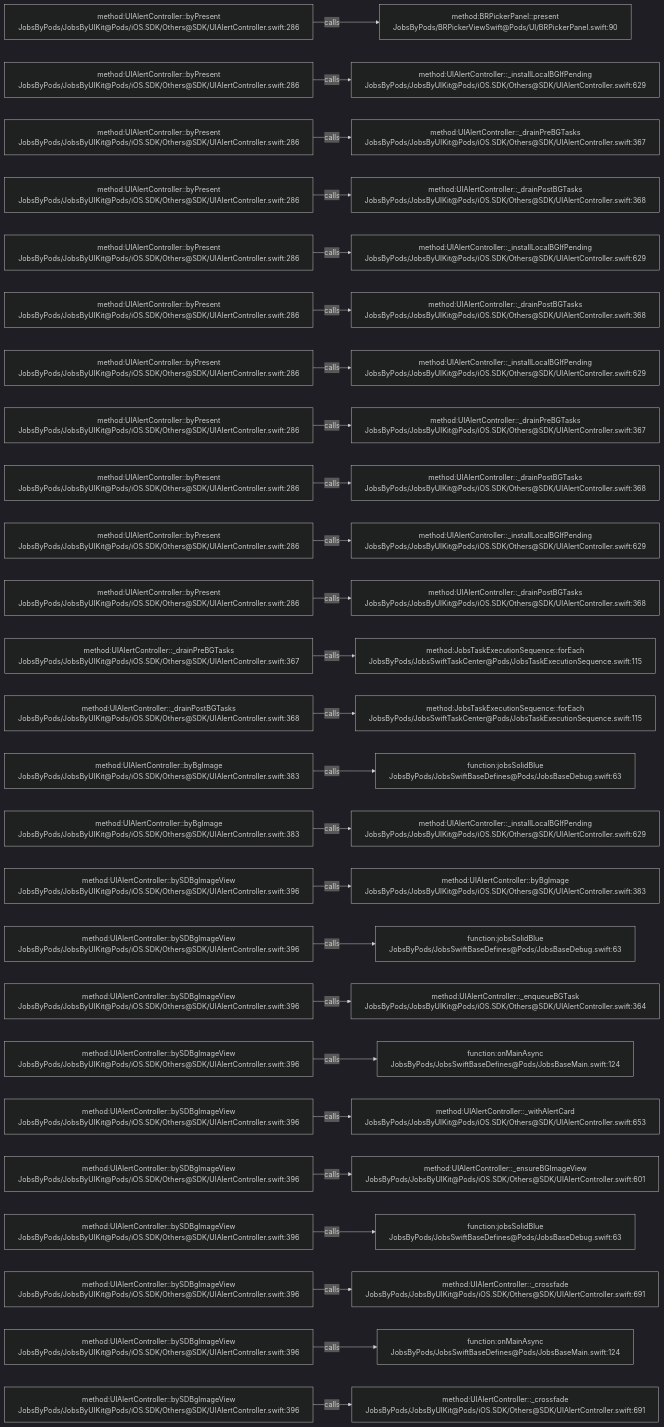
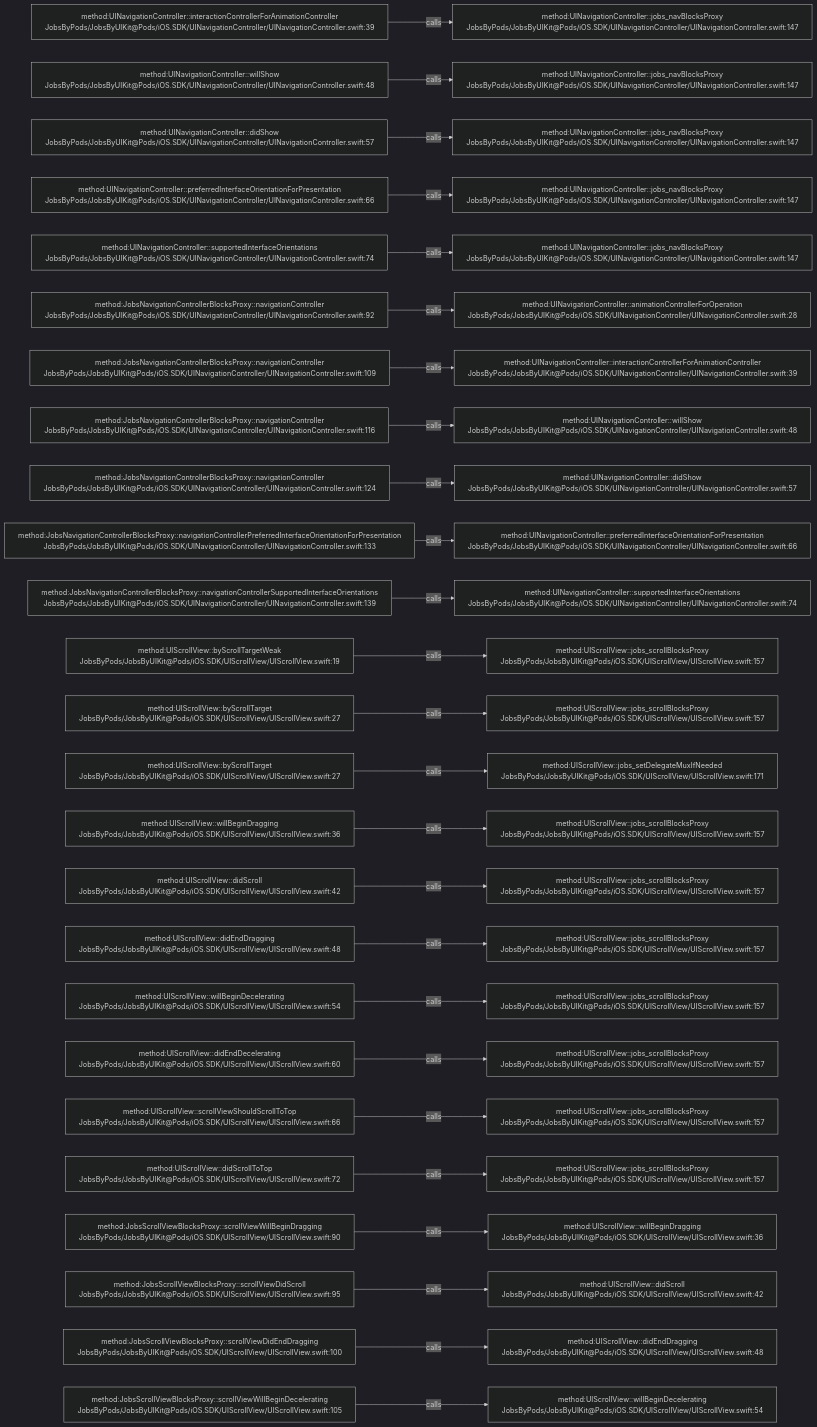
One commit to JobsKits/JobsSwiftBaseConfigDemo changed the diagram in .codegraph/codegraph.md/graphs/calls-024.md. Above: the diagram before and after it, drawn with Mermaid (dark theme). The commit also changed 569 other files, not shown here.

````diff
--- a/.codegraph/codegraph.md/graphs/calls-024.md
+++ b/.codegraph/codegraph.md/graphs/calls-024.md
@@ -13,78 +13,78 @@
 ```mermaid
 flowchart LR
-  S1["method:UIAlertController::byPresent<br/>JobsByPods/JobsByUIKit@Pods/iOS.SDK/Others@SDK/UIAlertController.swift:286"]
-  T1["method:BRPickerPanel::present<br/>JobsByPods/BRPickerViewSwift@Pods/UI/BRPickerPanel.swift:90"]
+  S1["method:UINavigationController::interactionControllerForAnimationController<br/>JobsByPods/JobsByUIKit@Pods/iOS.SDK/UINavigationController/UINavigationController.swift:39"]
+  T1["method:UINavigationController::jobs_navBlocksProxy<br/>JobsByPods/JobsByUIKit@Pods/iOS.SDK/UINavigationController/UINavigationController.swift:147"]
   S1 -->|calls| T1
-  S2["method:UIAlertController::byPresent<br/>JobsByPods/JobsByUIKit@Pods/iOS.SDK/Others@SDK/UIAlertController.swift:286"]
-  T2["method:UIAlertController::_installLocalBGIfPending<br/>JobsByPods/JobsByUIKit@Pods/iOS.SDK/Others@SDK/UIAlertController.swift:629"]
+  S2["method:UINavigationController::willShow<br/>JobsByPods/JobsByUIKit@Pods/iOS.SDK/UINavigationController/UINavigationController.swift:48"]
+  T2["method:UINavigationController::jobs_navBlocksProxy<br/>JobsByPods/JobsByUIKit@Pods/iOS.SDK/UINavigationController/UINavigationController.swift:147"]
   S2 -->|calls| T2
-  S3["method:UIAlertController::byPresent<br/>JobsByPods/JobsByUIKit@Pods/iOS.SDK/Others@SDK/UIAlertController.swift:286"]
-  T3["method:UIAlertController::_drainPreBGTasks<br/>JobsByPods/JobsByUIKit@Pods/iOS.SDK/Others@SDK/UIAlertController.swift:367"]
+  S3["method:UINavigationController::didShow<br/>JobsByPods/JobsByUIKit@Pods/iOS.SDK/UINavigationController/UINavigationController.swift:57"]
+  T3["method:UINavigationController::jobs_navBlocksProxy<br/>JobsByPods/JobsByUIKit@Pods/iOS.SDK/UINavigationController/UINavigationController.swift:147"]
   S3 -->|calls| T3
-  S4["method:UIAlertController::byPresent<br/>JobsByPods/JobsByUIKit@Pods/iOS.SDK/Others@SDK/UIAlertController.swift:286"]
-  T4["method:UIAlertController::_drainPostBGTasks<br/>JobsByPods/JobsByUIKit@Pods/iOS.SDK/Others@SDK/UIAlertController.swift:368"]
+  S4["method:UINavigationController::preferredInterfaceOrientationForPresentation<br/>JobsByPods/JobsByUIKit@Pods/iOS.SDK/UINavigationController/UINavigationController.swift:66"]
+  T4["method:UINavigationController::jobs_navBlocksProxy<br/>JobsByPods/JobsByUIKit@Pods/iOS.SDK/UINavigationController/UINavigationController.swift:147"]
   S4 -->|calls| T4
-  S5["method:UIAlertController::byPresent<br/>JobsByPods/JobsByUIKit@Pods/iOS.SDK/Others@SDK/UIAlertController.swift:286"]
-  T5["method:UIAlertController::_installLocalBGIfPending<br/>JobsByPods/JobsByUIKit@Pods/iOS.SDK/Others@SDK/UIAlertController.swift:629"]
+  S5["method:UINavigationController::supportedInterfaceOrientations<br/>JobsByPods/JobsByUIKit@Pods/iOS.SDK/UINavigationController/UINavigationController.swift:74"]
+  T5["method:UINavigationController::jobs_navBlocksProxy<br/>JobsByPods/JobsByUIKit@Pods/iOS.SDK/UINavigationController/UINavigationController.swift:147"]
   S5 -->|calls| T5
-  S6["method:UIAlertController::byPresent<br/>JobsByPods/JobsByUIKit@Pods/iOS.SDK/Others@SDK/UIAlertController.swift:286"]
-  T6["method:UIAlertController::_drainPostBGTasks<br/>JobsByPods/JobsByUIKit@Pods/iOS.SDK/Others@SDK/UIAlertController.swift:368"]
+  S6["method:JobsNavigationControllerBlocksProxy::navigationController<br/>JobsByPods/JobsByUIKit@Pods/iOS.SDK/UINavigationController/UINavigationController.swift:92"]
+  T6["method:UINavigationController::animationControllerForOperation<br/>JobsByPods/JobsByUIKit@Pods/iOS.SDK/UINavigationController/UINavigationController.swift:28"]
   S6 -->|calls| T6
-  S7["method:UIAlertController::byPresent<br/>JobsByPods/JobsByUIKit@Pods/iOS.SDK/Others@SDK/UIAlertController.swift:286"]
-  T7["method:UIAlertController::_installLocalBGIfPending<br/>JobsByPods/JobsByUIKit@Pods/iOS.SDK/Others@SDK/UIAlertController.swift:629"]
+  S7["method:JobsNavigationControllerBlocksProxy::navigationController<br/>JobsByPods/JobsByUIKit@Pods/iOS.SDK/UINavigationController/UINavigationController.swift:109"]
+  T7["method:UINavigationController::interactionControllerForAnimationController<br/>JobsByPods/JobsByUIKit@Pods/iOS.SDK/UINavigationController/UINavigationController.swift:39"]
   S7 -->|calls| T7
-  S8["method:UIAlertController::byPresent<br/>JobsByPods/JobsByUIKit@Pods/iOS.SDK/Others@SDK/UIAlertController.swift:286"]
-  T8["method:UIAlertController::_drainPreBGTasks<br/>JobsByPods/JobsByUIKit@Pods/iOS.SDK/Others@SDK/UIAlertController.swift:367"]
+  S8["method:JobsNavigationControllerBlocksProxy::navigationController<br/>JobsByPods/JobsByUIKit@Pods/iOS.SDK/UINavigationController/UINavigationController.swift:116"]
+  T8["method:UINavigationController::willShow<br/>JobsByPods/JobsByUIKit@Pods/iOS.SDK/UINavigationController/UINavigationController.swift:48"]
   S8 -->|calls| T8
-  S9["method:UIAlertController::byPresent<br/>JobsByPods/JobsByUIKit@Pods/iOS.SDK/Others@SDK/UIAlertController.swift:286"]
-  T9["method:UIAlertController::_drainPostBGTasks<br/>JobsByPods/JobsByUIKit@Pods/iOS.SDK/Others@SDK/UIAlertController.swift:368"]
+  S9["method:JobsNavigationControllerBlocksProxy::navigationController<br/>JobsByPods/JobsByUIKit@Pods/iOS.SDK/UINavigationController/UINavigationController.swift:124"]
+  T9["method:UINavigationController::didShow<br/>JobsByPods/JobsByUIKit@Pods/iOS.SDK/UINavigationController/UINavigationController.swift:57"]
   S9 -->|calls| T9
-  S10["method:UIAlertController::byPresent<br/>JobsByPods/JobsByUIKit@Pods/iOS.SDK/Others@SDK/UIAlertController.swift:286"]
-  T10["method:UIAlertController::_installLocalBGIfPending<br/>JobsByPods/JobsByUIKit@Pods/iOS.SDK/Others@SDK/UIAlertController.swift:629"]
+  S10["method:JobsNavigationControllerBlocksProxy::navigationControllerPreferredInterfaceOrientationForPresentation<br/>JobsByPods/JobsByUIKit@Pods/iOS.SDK/UINavigationController/UINavigationController.swift:133"]
+  T10["method:UINavigationController::preferredInterfaceOrientationForPresentation<br/>JobsByPods/JobsByUIKit@Pods/iOS.SDK/UINavigationController/UINavigationController.swift:66"]
   S10 -->|calls| T10
-  S11["method:UIAlertController::byPresent<br/>JobsByPods/JobsByUIKit@Pods/iOS.SDK/Others@SDK/UIAlertController.swift:286"]
-  T11["method:UIAlertController::_drainPostBGTasks<br/>JobsByPods/JobsByUIKit@Pods/iOS.SDK/Others@SDK/UIAlertController.swift:368"]
+  S11["method:JobsNavigationControllerBlocksProxy::navigationControllerSupportedInterfaceOrientations<br/>JobsByPods/JobsByUIKit@Pods/iOS.SDK/UINavigationController/UINavigationController.swift:139"]
+  T11["method:UINavigationController::supportedInterfaceOrientations<br/>JobsByPods/JobsByUIKit@Pods/iOS.SDK/UINavigationController/UINavigationController.swift:74"]
   S11 -->|calls| T11
-  S12["method:UIAlertController::_drainPreBGTasks<br/>JobsByPods/JobsByUIKit@Pods/iOS.SDK/Others@SDK/UIAlertController.swift:367"]
-  T12["method:JobsTaskExecutionSequence::forEach<br/>JobsByPods/JobsSwiftTaskCenter@Pods/JobsTaskExecutionSequence.swift:115"]
+  S12["method:UIScrollView::byScrollTargetWeak<br/>JobsByPods/JobsByUIKit@Pods/iOS.SDK/UIScrollView/UIScrollView.swift:19"]
+  T12["method:UIScrollView::jobs_scrollBlocksProxy<br/>JobsByPods/JobsByUIKit@Pods/iOS.SDK/UIScrollView/UIScrollView.swift:157"]
   S12 -->|calls| T12
-  S13["method:UIAlertController::_drainPostBGTasks<br/>JobsByPods/JobsByUIKit@Pods/iOS.SDK/Others@SDK/UIAlertController.swift:368"]
-  T13["method:JobsTaskExecutionSequence::forEach<br/>JobsByPods/JobsSwiftTaskCenter@Pods/JobsTaskExecutionSequence.swift:115"]
+  S13["method:UIScrollView::byScrollTarget<br/>JobsByPods/JobsByUIKit@Pods/iOS.SDK/UIScrollView/UIScrollView.swift:27"]
+  T13["method:UIScrollView::jobs_scrollBlocksProxy<br/>JobsByPods/JobsByUIKit@Pods/iOS.SDK/UIScrollView/UIScrollView.swift:157"]
   S13 -->|calls| T13
-  S14["method:UIAlertController::byBgImage<br/>JobsByPods/JobsByUIKit@Pods/iOS.SDK/Others@SDK/UIAlertController.swift:383"]
-  T14["function:jobsSolidBlue<br/>JobsByPods/JobsSwiftBaseDefines@Pods/JobsBaseDebug.swift:63"]
+  S14["method:UIScrollView::byScrollTarget<br/>JobsByPods/JobsByUIKit@Pods/iOS.SDK/UIScrollView/UIScrollView.swift:27"]
+  T14["method:UIScrollView::jobs_setDelegateMuxIfNeeded<br/>JobsByPods/JobsByUIKit@Pods/iOS.SDK/UIScrollView/UIScrollView.swift:171"]
   S14 -->|calls| T14
-  S15["method:UIAlertController::byBgImage<br/>JobsByPods/JobsByUIKit@Pods/iOS.SDK/Others@SDK/UIAlertController.swift:383"]
-  T15["method:UIAlertController::_installLocalBGIfPending<br/>JobsByPods/JobsByUIKit@Pods/iOS.SDK/Others@SDK/UIAlertController.swift:629"]
+  S15["method:UIScrollView::willBeginDragging<br/>JobsByPods/JobsByUIKit@Pods/iOS.SDK/UIScrollView/UIScrollView.swift:36"]
+  T15["method:UIScrollView::jobs_scrollBlocksProxy<br/>JobsByPods/JobsByUIKit@Pods/iOS.SDK/UIScrollView/UIScrollView.swift:157"]
   S15 -->|calls| T15
-  S16["method:UIAlertController::bySDBgImageView<br/>JobsByPods/JobsByUIKit@Pods/iOS.SDK/Others@SDK/UIAlertController.swift:396"]
-  T16["method:UIAlertController::byBgImage<br/>JobsByPods/JobsByUIKit@Pods/iOS.SDK/Others@SDK/UIAlertController.swift:383"]
+  S16["method:UIScrollView::didScroll<br/>JobsByPods/JobsByUIKit@Pods/iOS.SDK/UIScrollView/UIScrollView.swift:42"]
+  T16["method:UIScrollView::jobs_scrollBlocksProxy<br/>JobsByPods/JobsByUIKit@Pods/iOS.SDK/UIScrollView/UIScrollView.swift:157"]
   S16 -->|calls| T16
-  S17["method:UIAlertController::bySDBgImageView<br/>JobsByPods/JobsByUIKit@Pods/iOS.SDK/Others@SDK/UIAlertController.swift:396"]
-  T17["function:jobsSolidBlue<br/>JobsByPods/JobsSwiftBaseDefines@Pods/JobsBaseDebug.swift:63"]
+  S17["method:UIScrollView::didEndDragging<br/>JobsByPods/JobsByUIKit@Pods/iOS.SDK/UIScrollView/UIScrollView.swift:48"]
+  T17["method:UIScrollView::jobs_scrollBlocksProxy<br/>JobsByPods/JobsByUIKit@Pods/iOS.SDK/UIScrollView/UIScrollView.swift:157"]
   S17 -->|calls| T17
-  S18["method:UIAlertController::bySDBgImageView<br/>JobsByPods/JobsByUIKit@Pods/iOS.SDK/Others@SDK/UIAlertController.swift:396"]
-  T18["method:UIAlertController::_enqueueBGTask<br/>JobsByPods/JobsByUIKit@Pods/iOS.SDK/Others@SDK/UIAlertController.swift:364"]
+  S18["method:UIScrollView::willBeginDecelerating<br/>JobsByPods/JobsByUIKit@Pods/iOS.SDK/UIScrollView/UIScrollView.swift:54"]
+  T18["method:UIScrollView::jobs_scrollBlocksProxy<br/>JobsByPods/JobsByUIKit@Pods/iOS.SDK/UIScrollView/UIScrollView.swift:157"]
   S18 -->|calls| T18
-  S19["method:UIAlertController::bySDBgImageView<br/>JobsByPods/JobsByUIKit@Pods/iOS.SDK/Others@SDK/UIAlertController.swift:396"]
-  T19["function:onMainAsync<br/>JobsByPods/JobsSwiftBaseDefines@Pods/JobsBaseMain.swift:124"]
+  S19["method:UIScrollView::didEndDecelerating<br/>JobsByPods/JobsByUIKit@Pods/iOS.SDK/UIScrollView/UIScrollView.swift:60"]
+  T19["method:UIScrollView::jobs_scrollBlocksProxy<br/>JobsByPods/JobsByUIKit@Pods/iOS.SDK/UIScrollView/UIScrollView.swift:157"]
   S19 -->|calls| T19
-  S20["method:UIAlertController::bySDBgImageView<br/>JobsByPods/JobsByUIKit@Pods/iOS.SDK/Others@SDK/UIAlertController.swift:396"]
-  T20["method:UIAlertController::_withAlertCard<br/>JobsByPods/JobsByUIKit@Pods/iOS.SDK/Others@SDK/UIAlertController.swift:653"]
+  S20["method:UIScrollView::scrollViewShouldScrollToTop<br/>JobsByPods/JobsByUIKit@Pods/iOS.SDK/UIScrollView/UIScrollView.swift:66"]
+  T20["method:UIScrollView::jobs_scrollBlocksProxy<br/>JobsByPods/JobsByUIKit@Pods/iOS.SDK/UIScrollView/UIScrollView.swift:157"]
   S20 -->|calls| T20
-  S21["method:UIAlertController::bySDBgImageView<br/>JobsByPods/JobsByUIKit@Pods/iOS.SDK/Others@SDK/UIAlertController.swift:396"]
-  T21["method:UIAlertController::_ensureBGImageView<br/>JobsByPods/JobsByUIKit@Pods/iOS.SDK/Others@SDK/UIAlertController.swift:601"]
+  S21["method:UIScrollView::didScrollToTop<br/>JobsByPods/JobsByUIKit@Pods/iOS.SDK/UIScrollView/UIScrollView.swift:72"]
+  T21["method:UIScrollView::jobs_scrollBlocksProxy<br/>JobsByPods/JobsByUIKit@Pods/iOS.SDK/UIScrollView/UIScrollView.swift:157"]
   S21 -->|calls| T21
-  S22["method:UIAlertController::bySDBgImageView<br/>JobsByPods/JobsByUIKit@Pods/iOS.SDK/Others@SDK/UIAlertController.swift:396"]
-  T22["function:jobsSolidBlue<br/>JobsByPods/JobsSwiftBaseDefines@Pods/JobsBaseDebug.swift:63"]
+  S22["method:JobsScrollViewBlocksProxy::scrollViewWillBeginDragging<br/>JobsByPods/JobsByUIKit@Pods/iOS.SDK/UIScrollView/UIScrollView.swift:90"]
+  T22["method:UIScrollView::willBeginDragging<br/>JobsByPods/JobsByUIKit@Pods/iOS.SDK/UIScrollView/UIScrollView.swift:36"]
   S22 -->|calls| T22
-  S23["method:UIAlertController::bySDBgImageView<br/>JobsByPods/JobsByUIKit@Pods/iOS.SDK/Others@SDK/UIAlertController.swift:396"]
-  T23["method:UIAlertController::_crossfade<br/>JobsByPods/JobsByUIKit@Pods/iOS.SDK/Others@SDK/UIAlertController.swift:691"]
+  S23["method:JobsScrollViewBlocksProxy::scrollViewDidScroll<br/>JobsByPods/JobsByUIKit@Pods/iOS.SDK/UIScrollView/UIScrollView.swift:95"]
+  T23["method:UIScrollView::didScroll<br/>JobsByPods/JobsByUIKit@Pods/iOS.SDK/UIScrollView/UIScrollView.swift:42"]
   S23 -->|calls| T23
-  S24["method:UIAlertController::bySDBgImageView<br/>JobsByPods/JobsByUIKit@Pods/iOS.SDK/Others@SDK/UIAlertController.swift:396"]
-  T24["function:onMainAsync<br/>JobsByPods/JobsSwiftBaseDefines@Pods/JobsBaseMain.swift:124"]
+  S24["method:JobsScrollViewBlocksProxy::scrollViewDidEndDragging<br/>JobsByPods/JobsByUIKit@Pods/iOS.SDK/UIScrollView/UIScrollView.swift:100"]
+  T24["method:UIScrollView::didEndDragging<br/>JobsByPods/JobsByUIKit@Pods/iOS.SDK/UIScrollView/UIScrollView.swift:48"]
   S24 -->|calls| T24
-  S25["method:UIAlertController::bySDBgImageView<br/>JobsByPods/JobsByUIKit@Pods/iOS.SDK/Others@SDK/UIAlertController.swift:396"]
-  T25["method:UIAlertController::_crossfade<br/>JobsByPods/JobsByUIKit@Pods/iOS.SDK/Others@SDK/UIAlertController.swift:691"]
+  S25["method:JobsScrollViewBlocksProxy::scrollViewWillBeginDecelerating<br/>JobsByPods/JobsByUIKit@Pods/iOS.SDK/UIScrollView/UIScrollView.swift:105"]
+  T25["method:UIScrollView::willBeginDecelerating<br/>JobsByPods/JobsByUIKit@Pods/iOS.SDK/UIScrollView/UIScrollView.swift:54"]
   S25 -->|calls| T25
 ```
````
